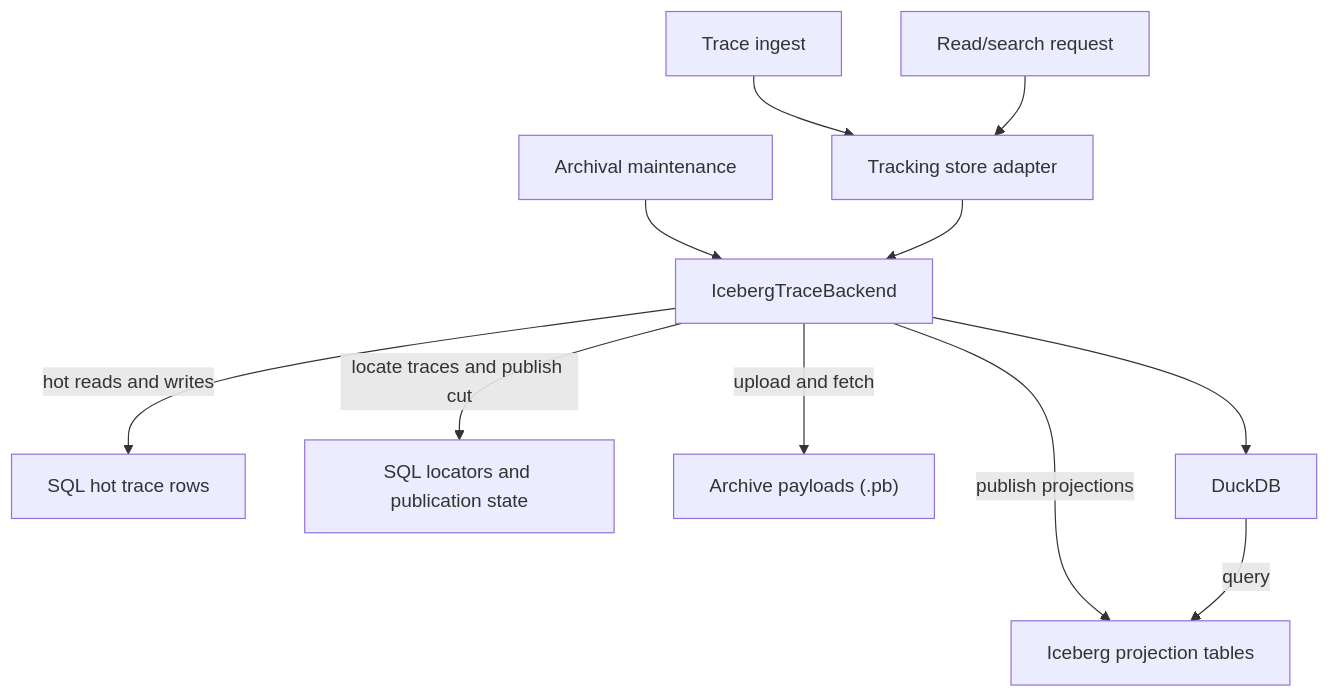
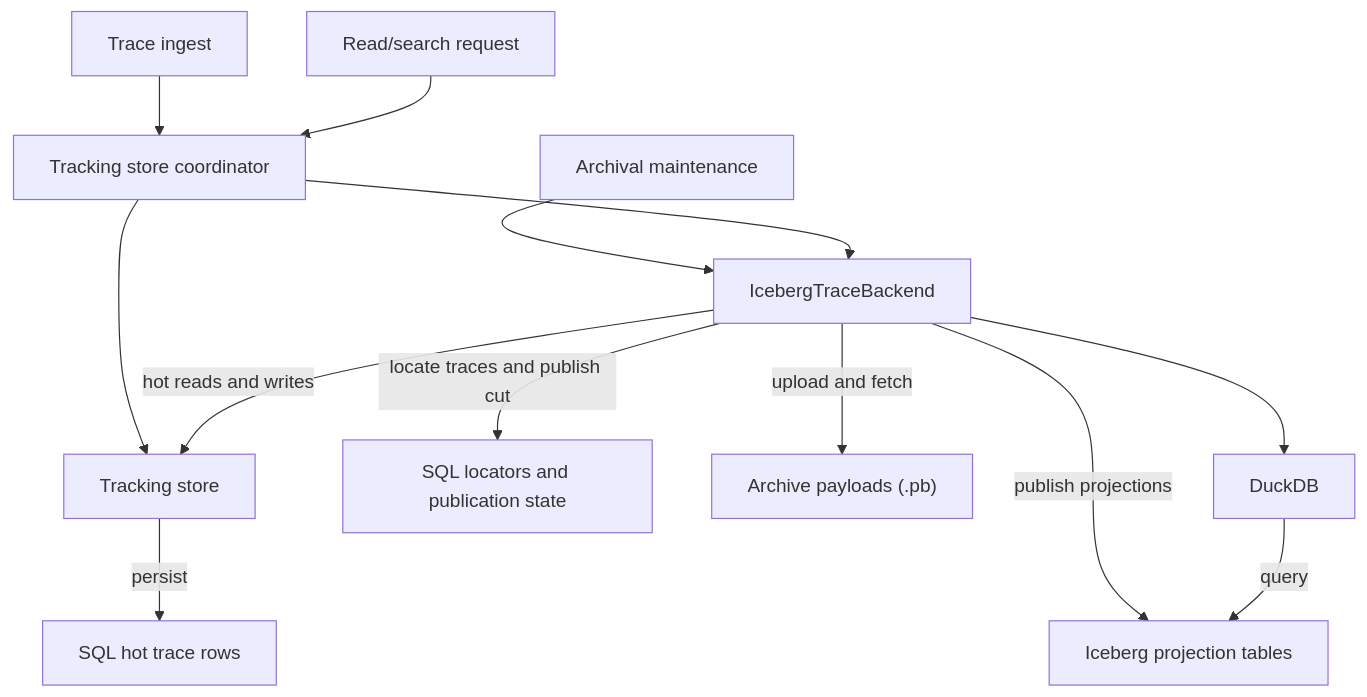
The diagram in rfcs/0007-iceberg-trace-archival/0007-iceberg-trace-archival.md (mlflow/rfcs), drawn with Mermaid before and after one commit. The commit also changed other lines of this file, not shown here.

````diff
--- a/rfcs/0007-iceberg-trace-archival/0007-iceberg-trace-archival.md
+++ b/rfcs/0007-iceberg-trace-archival/0007-iceberg-trace-archival.md
@@ -443,13 +476,15 @@
 ```mermaid
 flowchart TD
-ingest["Trace ingest"] --> adapter["Tracking store adapter"]
-readReq["Read/search request"] --> adapter
+ingest["Trace ingest"] --> coordinator["Tracking store coordinator"]
+readReq["Read/search request"] --> coordinator
 maintenance["Archival maintenance"] --> backend["IcebergTraceBackend"]
-adapter --> backend
-backend -->|hot reads and writes| hotSql["SQL hot trace rows"]
+coordinator --> backend
+coordinator --> trackingStore["Tracking store"]
+backend -->|hot reads and writes| trackingStore
+trackingStore -->|persist| hotSql["SQL hot trace rows"]
 backend -->|locate traces and publish cut| coordination["SQL locators and publication state"]
 backend -->|upload and fetch| payload["Archive payloads (.pb)"]
 backend -->|publish projections| iceberg["Iceberg projection tables"]
 backend --> duckdb["DuckDB"]
 duckdb -->|query| iceberg
 ```
````
